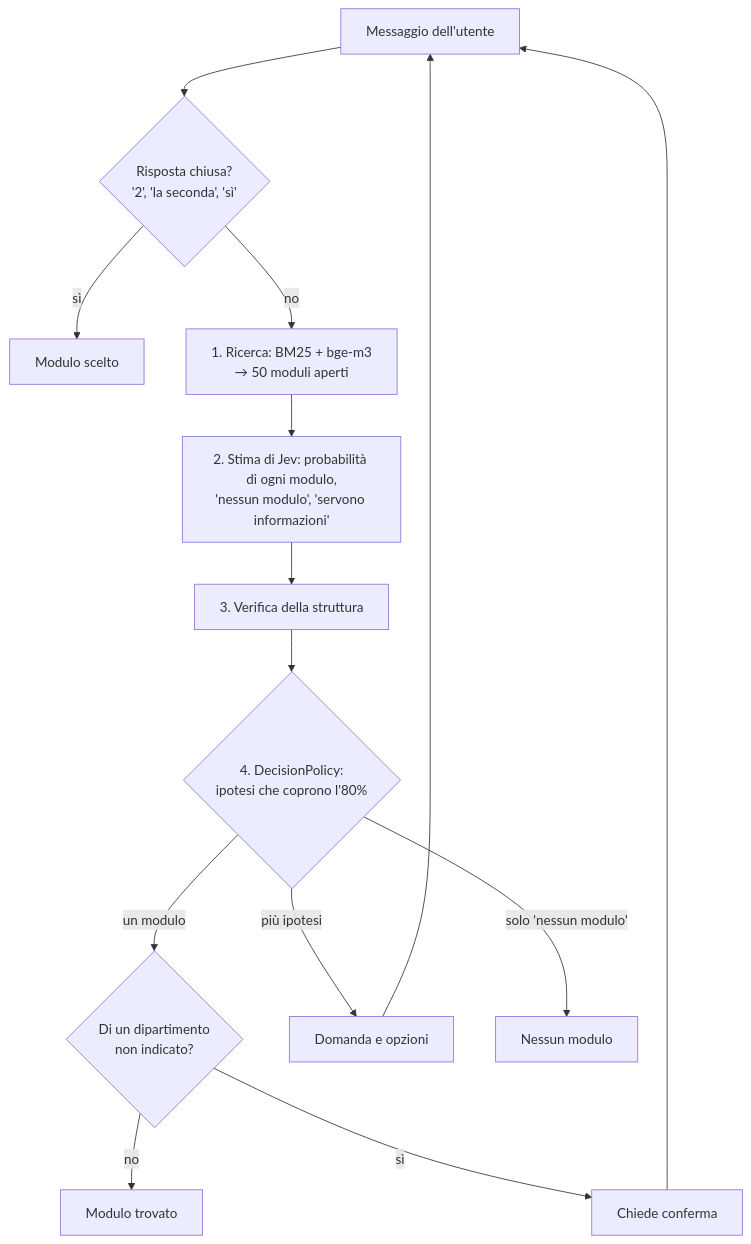
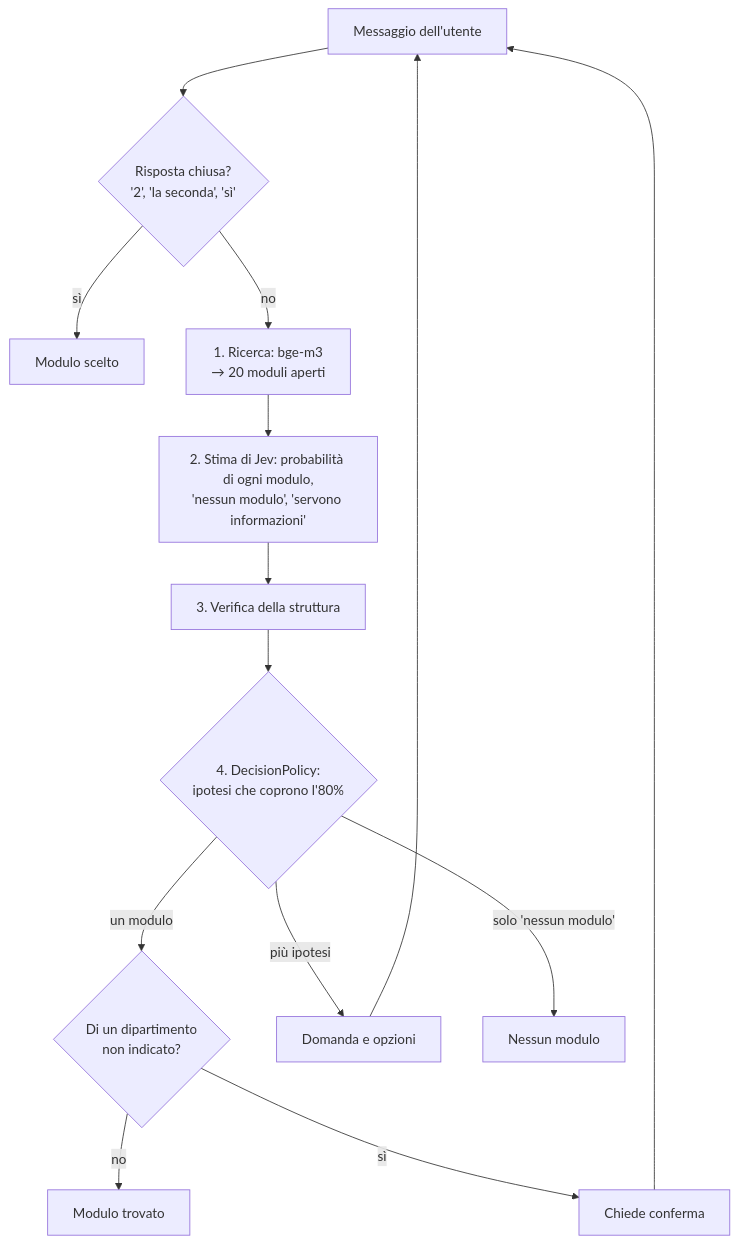
Before and after one commit to Agile-Software-Development-2026-2027/uniticket-group-10: the diagram in classifier/README.md, drawn with Mermaid. The commit also changed other lines of this file and 2 other files, not shown here.

First line of the commit message:
feat(classifier): search with bge-m3 alone and show Jev 20 candidates

````diff
--- a/classifier/README.md
+++ b/classifier/README.md
@@ -56,16 +56,16 @@
 ```mermaid
 flowchart TD
     U["Messaggio dell'utente"] --> R{"Risposta chiusa?<br/>'2', 'la seconda', 'sì'"}
     R -->|sì| OK["Modulo scelto"]
-    R -->|no| S["1. Ricerca: BM25 + bge-m3<br/>→ 50 moduli aperti"]
+    R -->|no| S["1. Ricerca: bge-m3<br/>→ 20 moduli aperti"]
     S --> M["2. Stima di Jev: probabilità di ogni modulo,<br/>'nessun modulo', 'servono informazioni'"]
     M --> V["3. Verifica della struttura"]
     V --> P{"4. DecisionPolicy:<br/>ipotesi che coprono l'80%"}
     P -->|"un modulo"| D{"Di un dipartimento<br/>non indicato?"}
     D -->|no| SEL["Modulo trovato"]
     D -->|sì| C["Chiede conferma"]
     P -->|"più ipotesi"| Q["Domanda e opzioni"]
     P -->|"solo 'nessun modulo'"| N["Nessun modulo"]
     Q --> U
     C --> U
 ```
````
